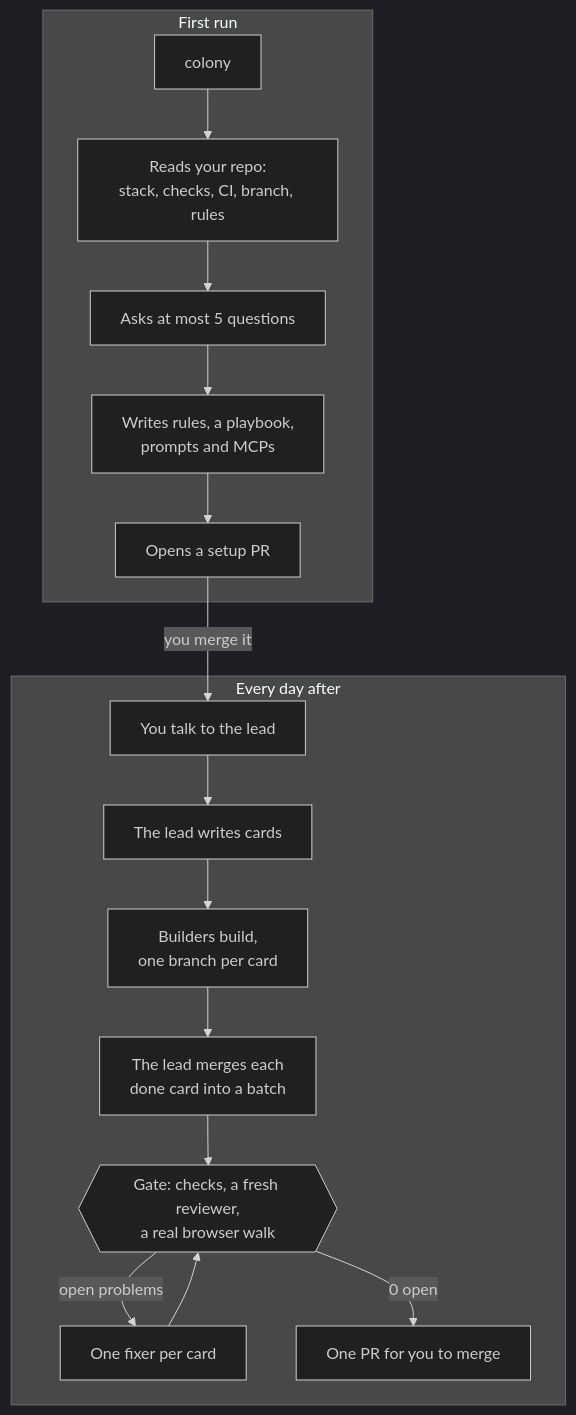
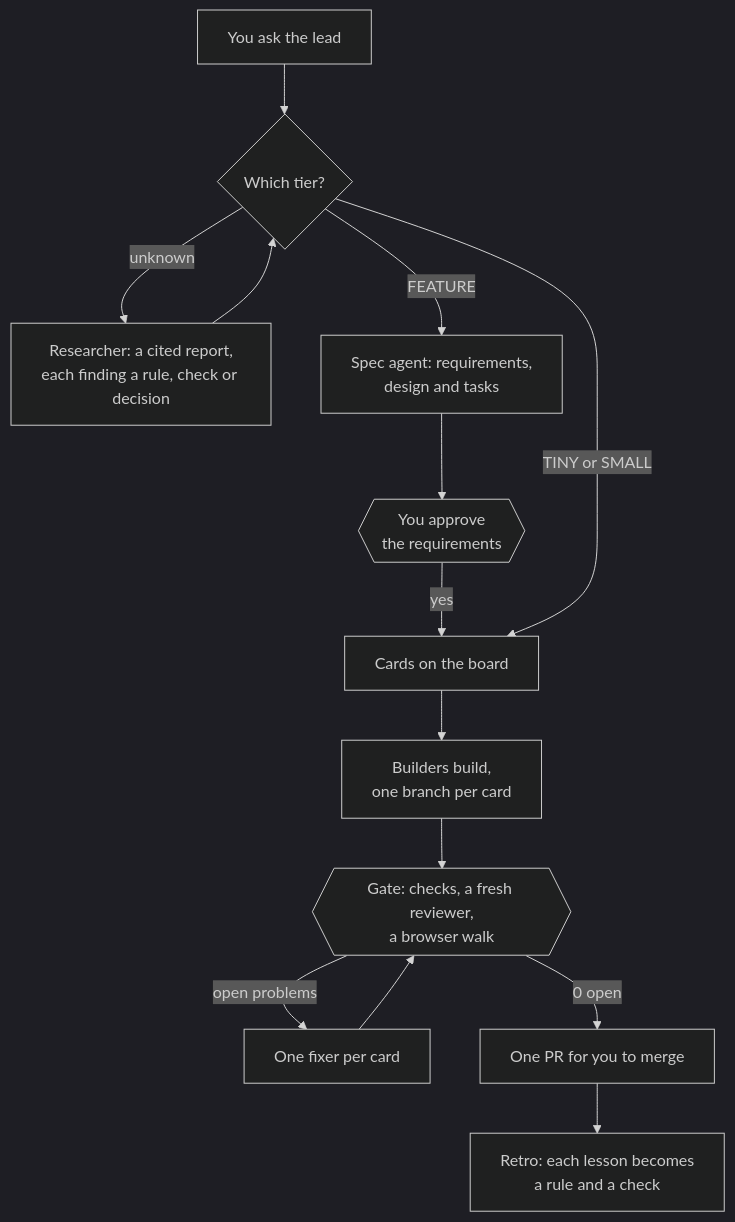
Before and after one commit to puffin-ai/puffin-colony: the diagram in README.md, drawn with Mermaid (dark theme). The commit also changed other lines of this file and 10 other files, not shown here.

````diff
--- a/README.md
+++ b/README.md
@@ -30,19 +28,16 @@
 ```mermaid
 flowchart TD
-    subgraph first["First run"]
-        s1["colony"] --> s2["Reads your repo:<br/>stack, checks, CI, branch, rules"]
-        s2 --> s3["Asks at most 5 questions"]
-        s3 --> s4["Writes rules, a playbook,<br/>prompts and MCPs"]
-        s4 --> s5["Opens a setup PR"]
-    end
-    subgraph daily["Every day after"]
-        d1["You talk to the lead"] --> d2["The lead writes cards"]
-        d2 --> d3["Builders build,<br/>one branch per card"]
-        d3 --> d4["The lead merges each<br/>done card into a batch"]
-        d4 --> d5{{"Gate: checks, a fresh reviewer,<br/>a real browser walk"}}
-        d5 -- "open problems" --> d6["One fixer per card"]
-        d6 --> d5
-        d5 -- "0 open" --> d7["One PR for you to merge"]
-    end
-    s5 -- "you merge it" --> d1
+    ask["You ask the lead"] --> tier{"Which tier?"}
+    tier -- "unknown" --> research["Researcher: a cited report,<br/>each finding a rule, check or decision"]
+    research --> tier
+    tier -- "FEATURE" --> spec["Spec agent: requirements,<br/>design and tasks"]
+    spec --> approve{{"You approve<br/>the requirements"}}
+    approve -- "yes" --> cards
+    tier -- "TINY or SMALL" --> cards["Cards on the board"]
+    cards --> build["Builders build,<br/>one branch per card"]
+    build --> gate{{"Gate: checks, a fresh reviewer,<br/>a browser walk"}}
+    gate -- "open problems" --> fix["One fixer per card"]
+    fix --> gate
+    gate -- "0 open" --> pr["One PR for you to merge"]
+    pr --> retro["Retro: each lesson becomes<br/>a rule and a check"]
 ```
````
